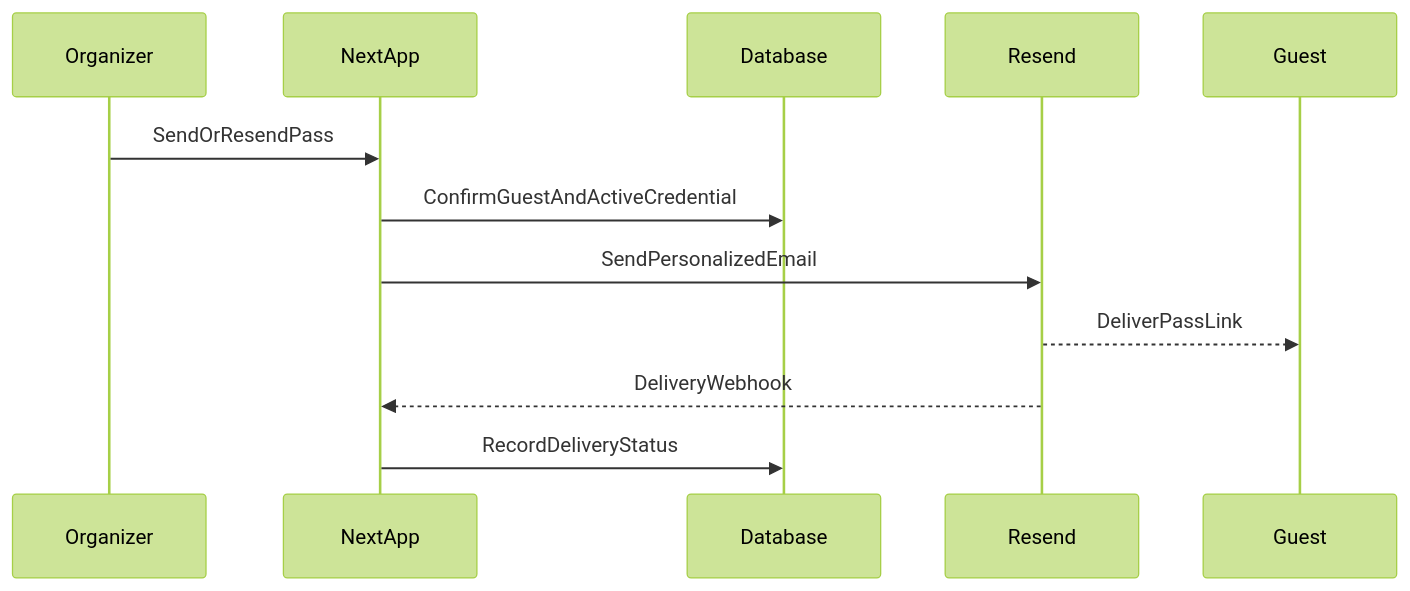
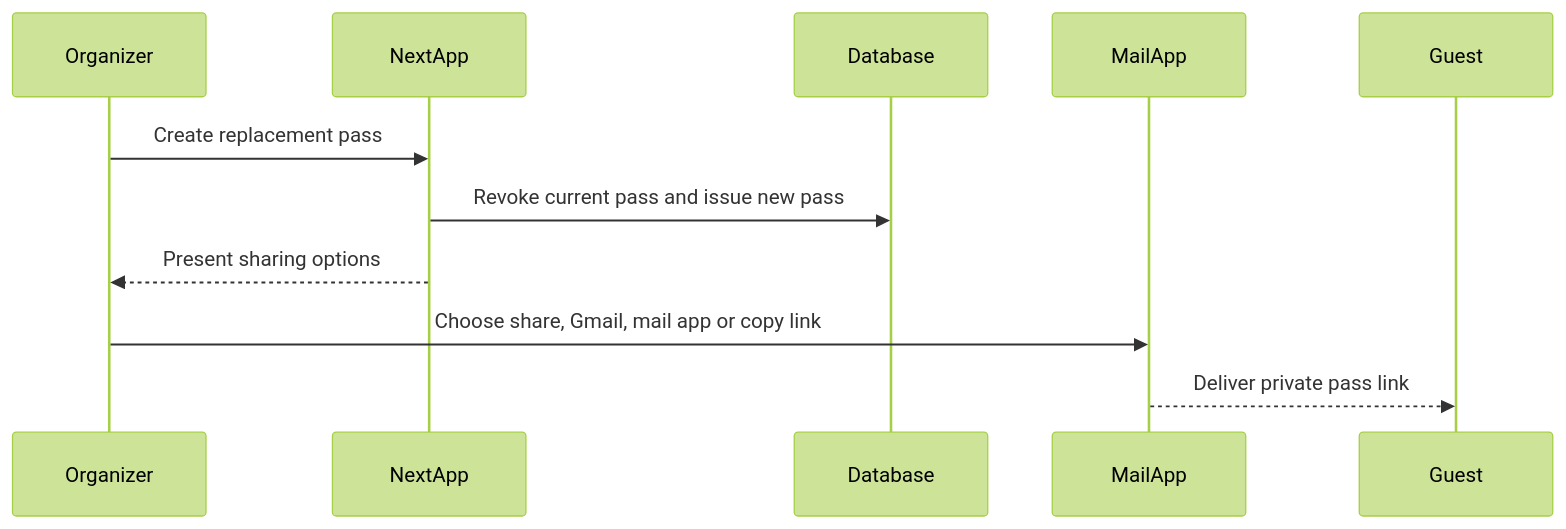
The seventh of 9 diagrams in docs/MASTER_SPEC.md (AmeerulH/check-in-platform), drawn with Mermaid (forest theme) before and after one commit. The commit also changed other lines of this file and 16 other files, not shown here.

````diff
--- a/docs/MASTER_SPEC.md
+++ b/docs/MASTER_SPEC.md
@@ -729,15 +727,14 @@
 ```mermaid
 sequenceDiagram
   participant Organizer
   participant NextApp
   participant Database
-  participant Resend
+  participant MailApp
   participant Guest
 
-  Organizer->>NextApp: SendOrResendPass
-  NextApp->>Database: ConfirmGuestAndActiveCredential
-  NextApp->>Resend: SendPersonalizedEmail
-  Resend-->>Guest: DeliverPassLink
-  Resend-->>NextApp: DeliveryWebhook
-  NextApp->>Database: RecordDeliveryStatus
+  Organizer->>NextApp: Create replacement pass
+  NextApp->>Database: Revoke current pass and issue new pass
+  NextApp-->>Organizer: Present sharing options
+  Organizer->>MailApp: Choose share, Gmail, mail app or copy link
+  MailApp-->>Guest: Deliver private pass link
 ```
````
